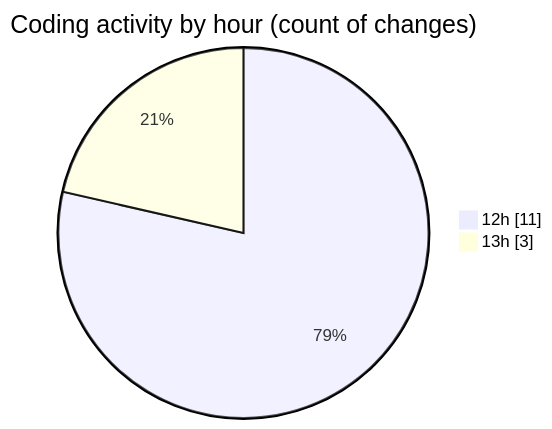
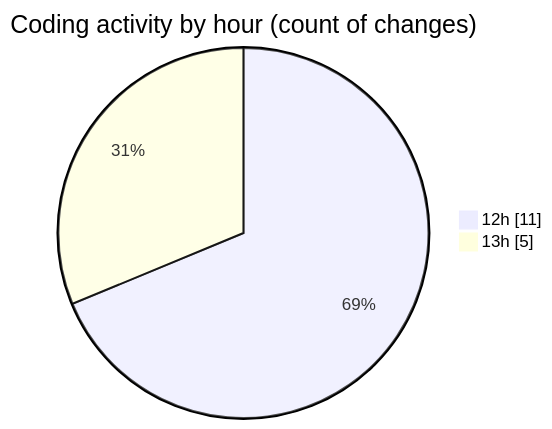
One commit to BS-eng2023/code-tracking changed the second of 2 diagrams in 2025-03-27/vms-backend/README.md. Above: the diagram before and after it, drawn with Mermaid. The commit also changed other lines of this file and 1 other file, not shown here.

````diff
--- a/2025-03-27/vms-backend/README.md
+++ b/2025-03-27/vms-backend/README.md
@@ -39,6 +41,6 @@
 ```mermaid
 pie showData
 title Coding activity by hour (count of changes)
 "12h" : 11
-"13h" : 3
+"13h" : 5
 ```
````
